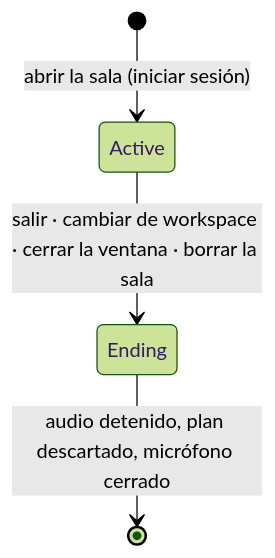
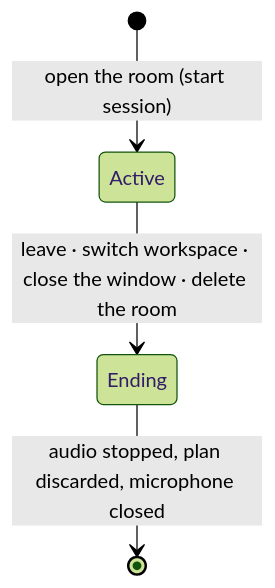
Before and after one commit to Dach3r/meelting: the second of 8 diagrams in docs/architecture/conversation-engine.md, drawn with Mermaid (forest theme). The commit also changed other lines of this file, not shown here.

````diff
--- a/docs/architecture/conversation-engine.md
+++ b/docs/architecture/conversation-engine.md
@@ -191,6 +191,6 @@
 ```mermaid
 stateDiagram-v2
-    [*] --> Active: abrir la sala (iniciar sesión)
-    Active --> Ending: salir · cambiar de workspace · cerrar la ventana · borrar la sala
-    Ending --> [*]: audio detenido, plan descartado, micrófono cerrado
+    [*] --> Active: open the room (start session)
+    Active --> Ending: leave · switch workspace · close the window · delete the room
+    Ending --> [*]: audio stopped, plan discarded, microphone closed
 ```
````
